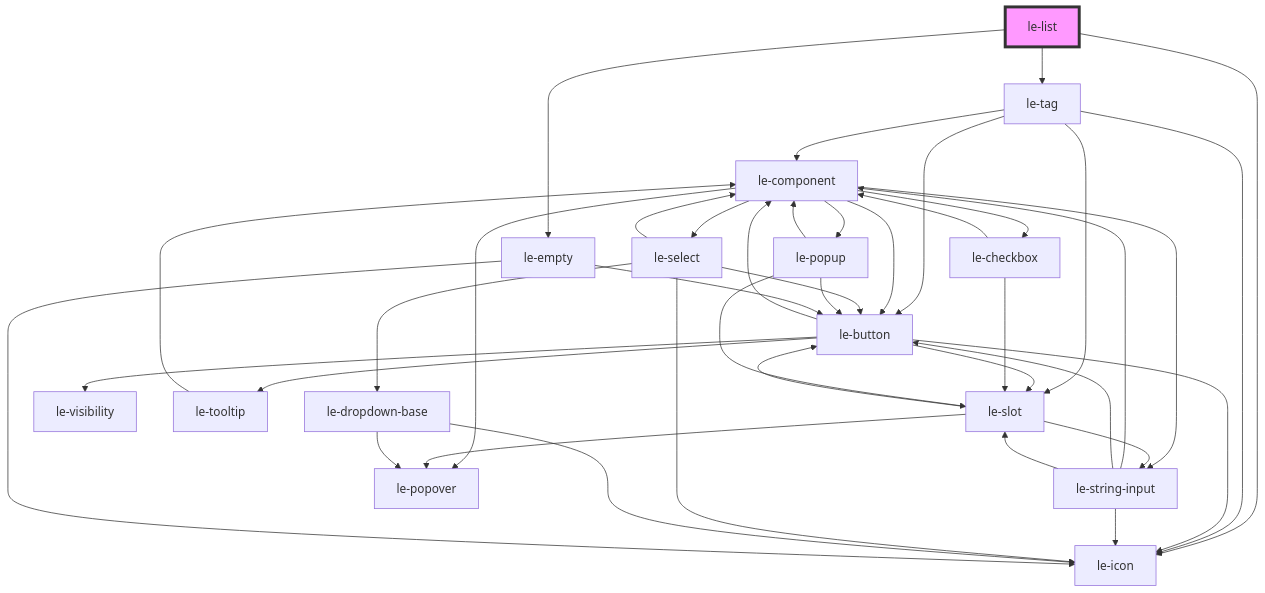
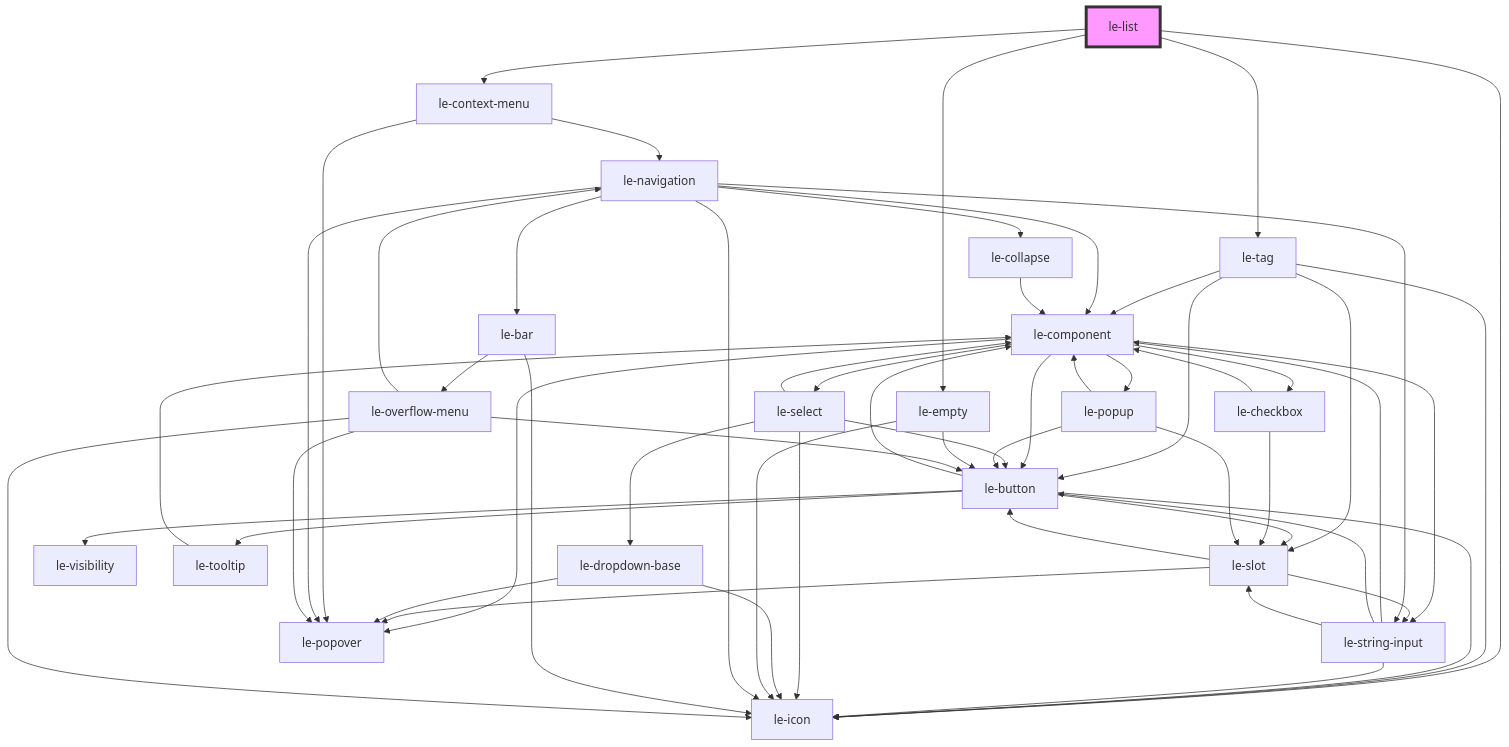
The diagram in packages/core/src/components/le-list/readme.md (leechy/le-kit), drawn with Mermaid before and after one commit. The commit also changed other lines of this file and 7 other files, not shown here.

Commit message:
Add to <le-list> columns visibility menu

````diff
--- a/packages/core/src/components/le-list/readme.md
+++ b/packages/core/src/components/le-list/readme.md
@@ -45,43 +50,59 @@
 ```mermaid
 graph TD;
   le-list --> le-icon
   le-list --> le-tag
   le-list --> le-empty
+  le-list --> le-context-menu
   le-tag --> le-component
   le-tag --> le-slot
   le-tag --> le-button
   le-tag --> le-icon
   le-component --> le-button
   le-component --> le-select
   le-component --> le-checkbox
   le-component --> le-string-input
   le-component --> le-popover
   le-component --> le-popup
   le-button --> le-icon
   le-button --> le-visibility
   le-button --> le-slot
   le-button --> le-component
   le-button --> le-tooltip
   le-slot --> le-popover
   le-slot --> le-button
   le-slot --> le-string-input
   le-string-input --> le-component
   le-string-input --> le-button
   le-string-input --> le-icon
   le-string-input --> le-slot
   le-tooltip --> le-component
   le-select --> le-icon
   le-select --> le-component
   le-select --> le-dropdown-base
   le-select --> le-button
   le-dropdown-base --> le-icon
   le-dropdown-base --> le-popover
   le-checkbox --> le-component
   le-checkbox --> le-slot
   le-popup --> le-slot
   le-popup --> le-button
   le-popup --> le-component
   le-empty --> le-icon
   le-empty --> le-button
+  le-context-menu --> le-popover
+  le-context-menu --> le-navigation
+  le-navigation --> le-icon
+  le-navigation --> le-string-input
+  le-navigation --> le-collapse
+  le-navigation --> le-popover
+  le-navigation --> le-bar
+  le-navigation --> le-component
+  le-collapse --> le-component
+  le-bar --> le-icon
+  le-bar --> le-overflow-menu
+  le-overflow-menu --> le-navigation
+  le-overflow-menu --> le-popover
+  le-overflow-menu --> le-button
+  le-overflow-menu --> le-icon
   style le-list fill:#f9f,stroke:#333,stroke-width:4px
 ```
````
